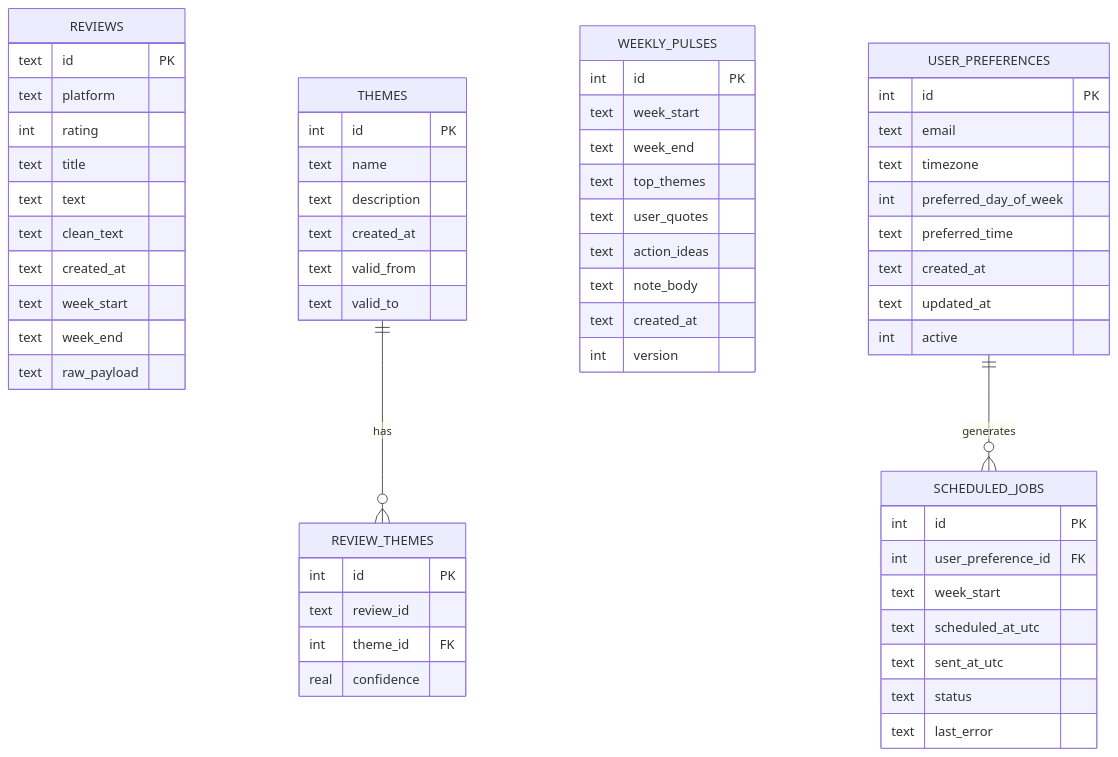
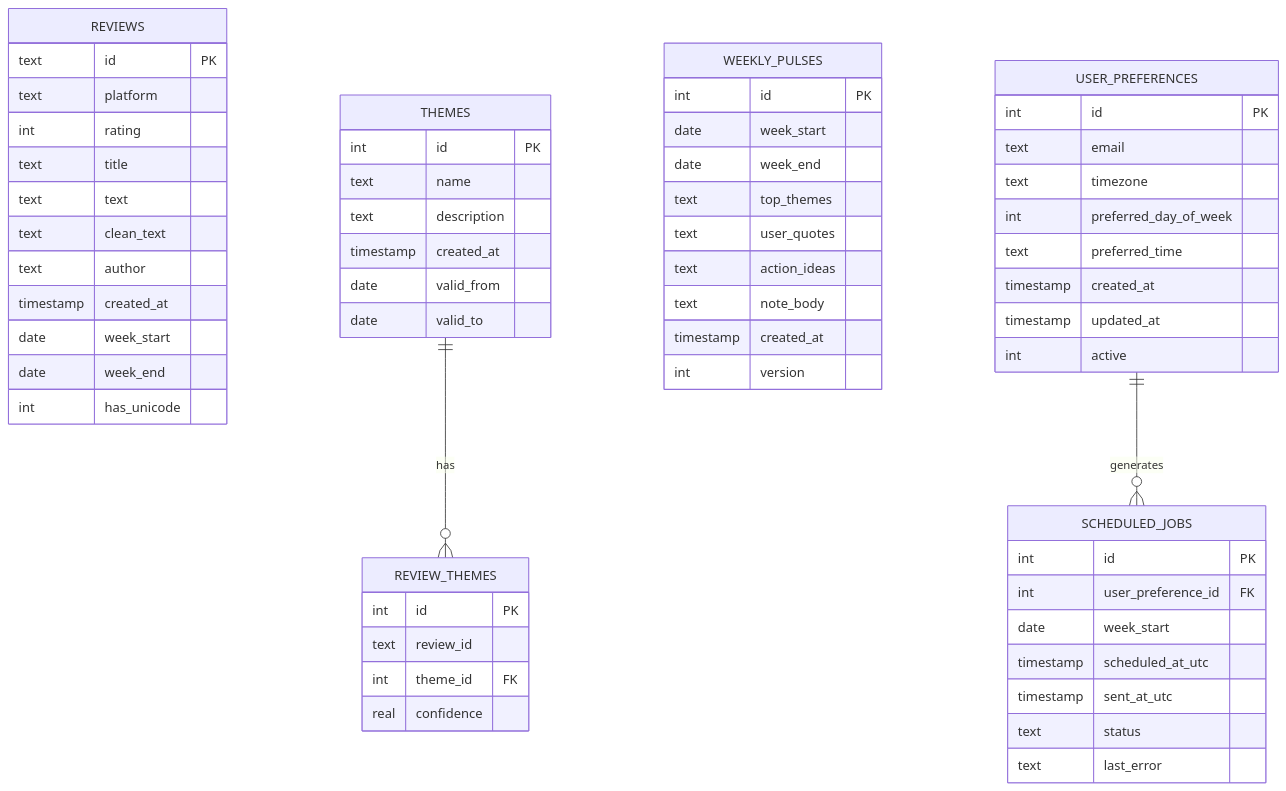
Before and after one commit to aravinthraj-ramalingam/Groww-App-Review-Insights-Analyzer-: the third of 8 diagrams in .qoder/repowiki/en/content/Phase 1_ Review Scraper/Database Layer.md, drawn with Mermaid. The commit also changed other lines of this file and 7 other files, not shown here.

````diff
--- a/.qoder/repowiki/en/content/Phase 1_ Review Scraper/Database Layer.md
+++ b/.qoder/repowiki/en/content/Phase 1_ Review Scraper/Database Layer.md
@@ -183,61 +225,62 @@
 ```mermaid
 erDiagram
 REVIEWS {
 text id PK
 text platform
 int rating
 text title
 text text
 text clean_text
-text created_at
-text week_start
-text week_end
-text raw_payload
+text author
+timestamp created_at
+date week_start
+date week_end
+int has_unicode
 }
 THEMES {
 int id PK
 text name
 text description
-text created_at
-text valid_from
-text valid_to
+timestamp created_at
+date valid_from
+date valid_to
 }
 REVIEW_THEMES {
 int id PK
 text review_id
 int theme_id FK
 real confidence
 }
 WEEKLY_PULSES {
 int id PK
-text week_start
-text week_end
+date week_start
+date week_end
 text top_themes
 text user_quotes
 text action_ideas
 text note_body
-text created_at
+timestamp created_at
 int version
 }
 USER_PREFERENCES {
 int id PK
 text email
 text timezone
 int preferred_day_of_week
 text preferred_time
-text created_at
-text updated_at
+timestamp created_at
+timestamp updated_at
 int active
 }
 SCHEDULED_JOBS {
 int id PK
 int user_preference_id FK
-text week_start
-text scheduled_at_utc
-text sent_at_utc
+date week_start
+timestamp scheduled_at_utc
+timestamp sent_at_utc
 text status
 text last_error
 }
 THEMES ||--o{ REVIEW_THEMES : "has"
 USER_PREFERENCES ||--o{ SCHEDULED_JOBS : "generates"
 ```
````
